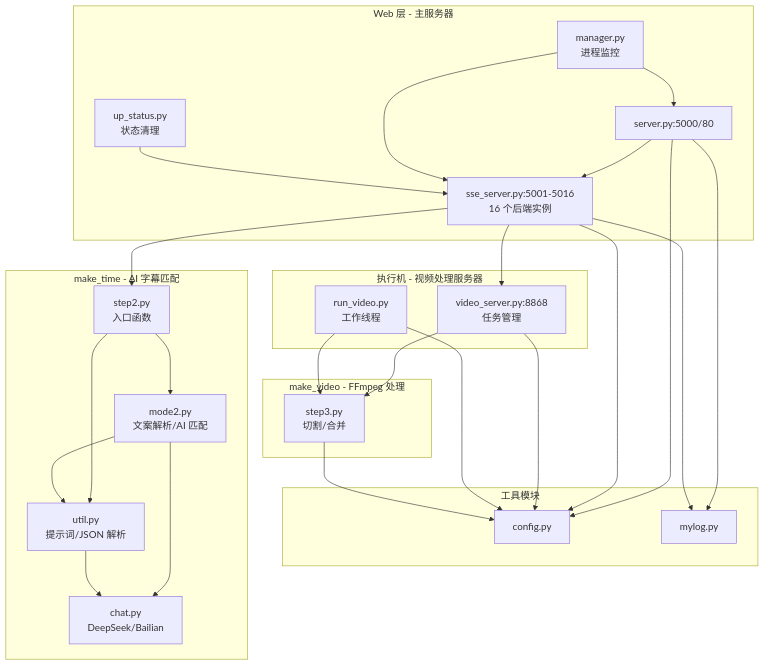
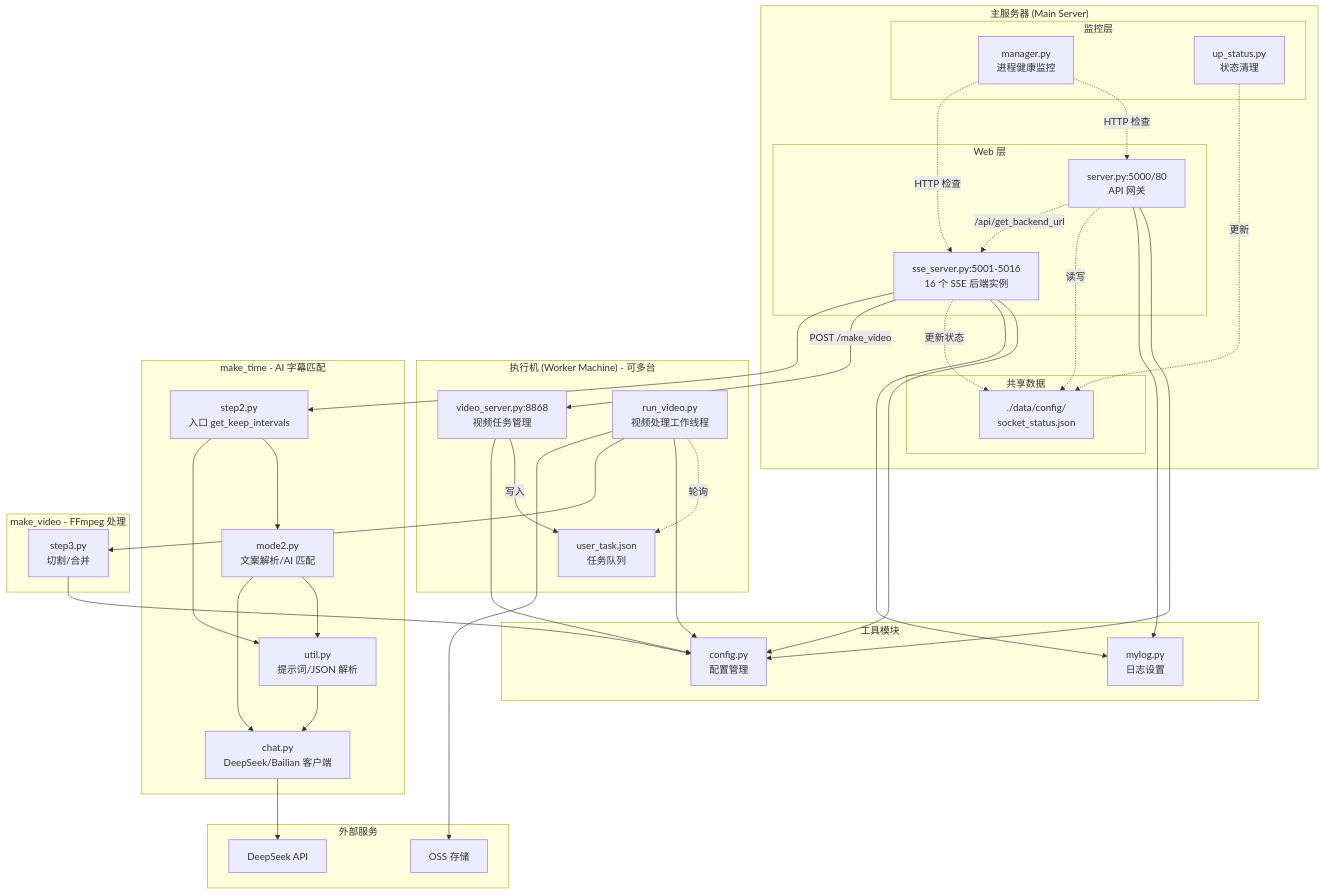
The third of 3 diagrams in TECHNICAL_DOCS.md (nii8/split_video), drawn with Mermaid before and after one commit. The commit also changed other lines of this file, not shown here.

````diff
--- a/TECHNICAL_DOCS.md
+++ b/TECHNICAL_DOCS.md
@@ -240,64 +274,88 @@
 ```mermaid
 graph TD
-    subgraph Web 层 - 主服务器
-        server[server.py:5000/80]
-        sse[sse_server.py:5001-5016<br/>16 个后端实例]
-        manager[manager.py<br/>进程监控]
-        up_status[up_status.py<br/>状态清理]
+    subgraph MainServer["主服务器 (Main Server)"]
+        subgraph Web["Web 层"]
+            server[server.py:5000/80<br/>API 网关]
+            sse[sse_server.py:5001-5016<br/>16 个 SSE 后端实例]
+        end
+
+        subgraph Monitor["监控层"]
+            manager[manager.py<br/>进程健康监控]
+            up_status[up_status.py<br/>状态清理]
+        end
+
+        subgraph SharedData["共享数据"]
+            socket_status[./data/config/<br/>socket_status.json]
+        end
     end
 
-    subgraph 执行机 - 视频处理服务器
-        video[video_server.py:8868<br/>任务管理]
-        run_video[run_video.py<br/>工作线程]
+    subgraph Worker["执行机 (Worker Machine) - 可多台"]
+        video[video_server.py:8868<br/>视频任务管理]
+        run_video[run_video.py<br/>视频处理工作线程]
+        user_task[user_task.json<br/>任务队列]
     end
 
-    subgraph 工具模块
-        config[config.py]
-        mylog[mylog.py]
+    subgraph Tools["工具模块"]
+        config[config.py<br/>配置管理]
+        mylog[mylog.py<br/>日志设置]
     end
 
-    subgraph make_time - AI 字幕匹配
-        step2[step2.py<br/>入口函数]
+    subgraph MakeTime["make_time - AI 字幕匹配"]
+        step2[step2.py<br/>入口 get_keep_intervals]
         mode2[mode2.py<br/>文案解析/AI 匹配]
         util[util.py<br/>提示词/JSON 解析]
-        chat[chat.py<br/>DeepSeek/Bailian]
+        chat[chat.py<br/>DeepSeek/Bailian 客户端]
     end
 
-    subgraph make_video - FFmpeg 处理
+    subgraph MakeVideo["make_video - FFmpeg 处理"]
         step3[step3.py<br/>切割/合并]
     end
 
-    %% 主服务器依赖
+    subgraph External["外部服务"]
+        deepseek[DeepSeek API]
+        oss[OSS 存储]
+    end
+
+    %% Web 层内部依赖
     server --> config
     server --> mylog
-    server --> sse
 
-    %% SSE 后端依赖
     sse --> config
     sse --> mylog
-    sse --> step2
-    sse --> video
 
-    %% 执行机依赖
+    %% 监控依赖
+    manager -.->|HTTP 检查 | server
+    manager -.->|HTTP 检查 | sse
+    up_status -.->|更新 | socket_status
+
+    %% socket_status 使用
+    server -.->|读写 | socket_status
+    sse -.->|更新状态 | socket_status
+
+    %% 主服务器→执行机
+    sse -->|POST /make_video| video
+    video -->|写入 | user_task
+
+    %% 执行机内部依赖
+    run_video -.->|轮询 | user_task
     video --> config
-    video --> step3
 
     run_video --> config
     run_video --> step3
 
-    %% make_time 内部依赖
+    %% make_time 依赖 (sse_server 使用)
+    sse --> step2
     step2 --> mode2
     step2 --> util
     mode2 --> util
     mode2 --> chat
     util --> chat
+    chat --> deepseek
 
     %% make_video 依赖
     step3 --> config
+    run_video --> oss
 
-    %% 监控依赖
-    manager --> server
-    manager --> sse
-
-    up_status --> sse
+    %% server 路由
+    server -.->|/api/get_backend_url| sse
 ```
````
